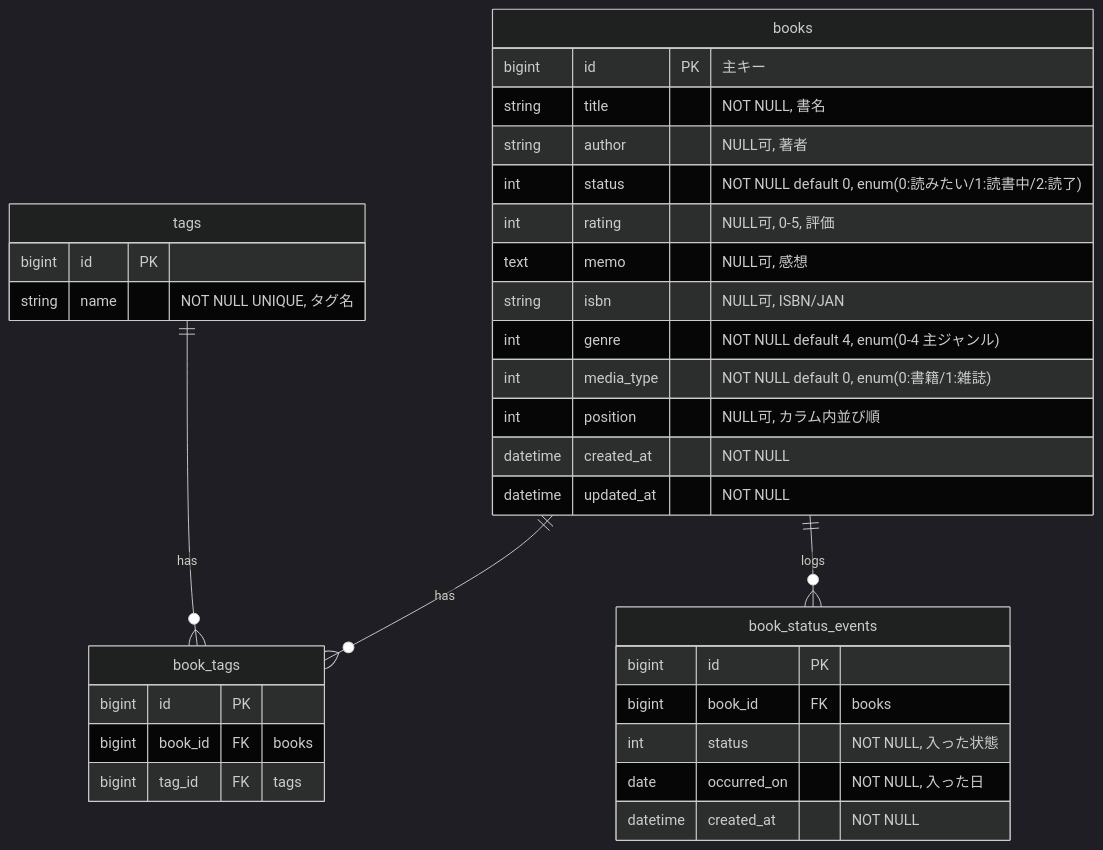
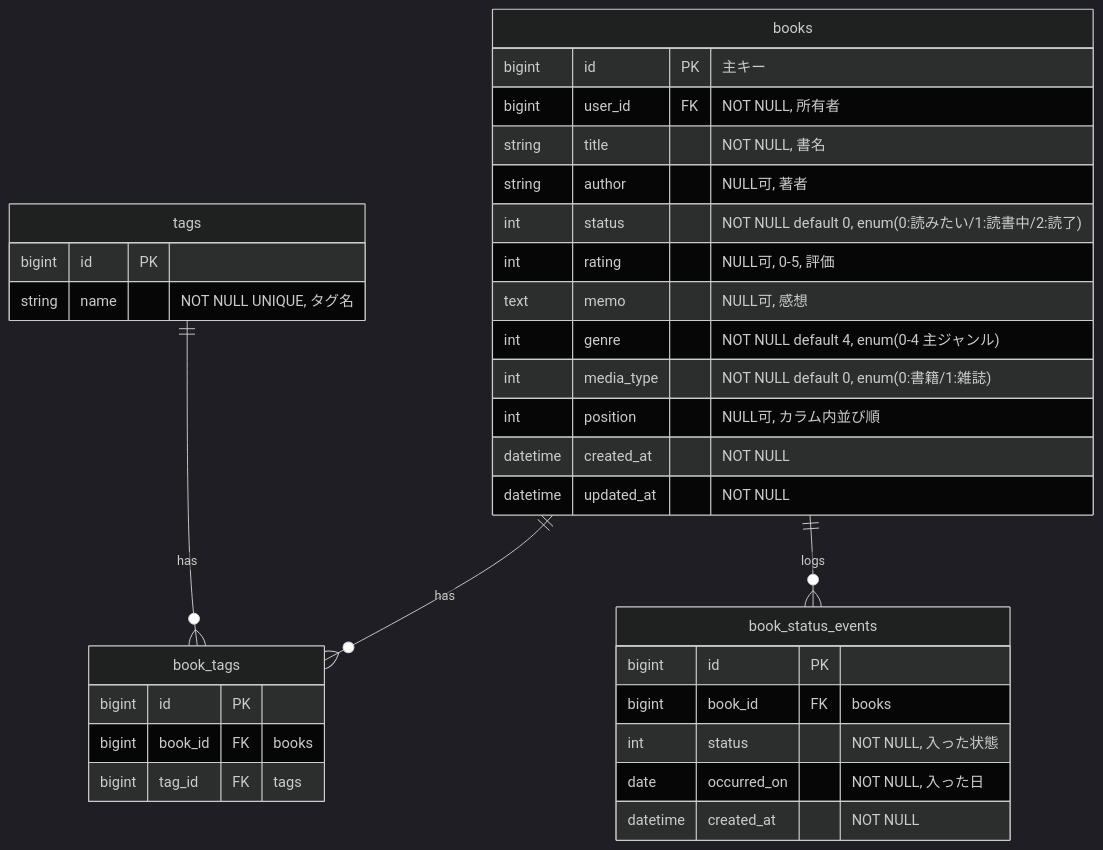
The third of 7 diagrams in docs/basic-design.md (adamaru-code/reading-board), drawn with Mermaid (dark theme) before and after one commit. The commit also changed other lines of this file and 7 other files, not shown here.

````diff
--- a/docs/basic-design.md
+++ b/docs/basic-design.md
@@ -56,36 +69,36 @@
 ```mermaid
 erDiagram
     books ||--o{ book_tags : "has"
     tags ||--o{ book_tags : "has"
     books ||--o{ book_status_events : "logs"
     books {
         bigint id PK "主キー"
+        bigint user_id FK "NOT NULL, 所有者"
         string title "NOT NULL, 書名"
         string author "NULL可, 著者"
         int status "NOT NULL default 0, enum(0:読みたい/1:読書中/2:読了)"
         int rating "NULL可, 0-5, 評価"
         text memo "NULL可, 感想"
-        string isbn "NULL可, ISBN/JAN"
         int genre "NOT NULL default 4, enum(0-4 主ジャンル)"
         int media_type "NOT NULL default 0, enum(0:書籍/1:雑誌)"
         int position "NULL可, カラム内並び順"
         datetime created_at "NOT NULL"
         datetime updated_at "NOT NULL"
     }
     tags {
         bigint id PK
         string name "NOT NULL UNIQUE, タグ名"
     }
     book_tags {
         bigint id PK
         bigint book_id FK "books"
         bigint tag_id FK "tags"
     }
     book_status_events {
         bigint id PK
         bigint book_id FK "books"
         int status "NOT NULL, 入った状態"
         date occurred_on "NOT NULL, 入った日"
         datetime created_at "NOT NULL"
     }
 ```
````
